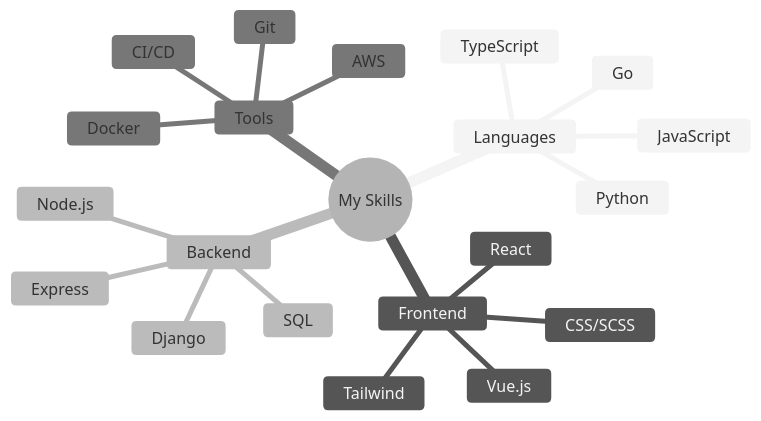
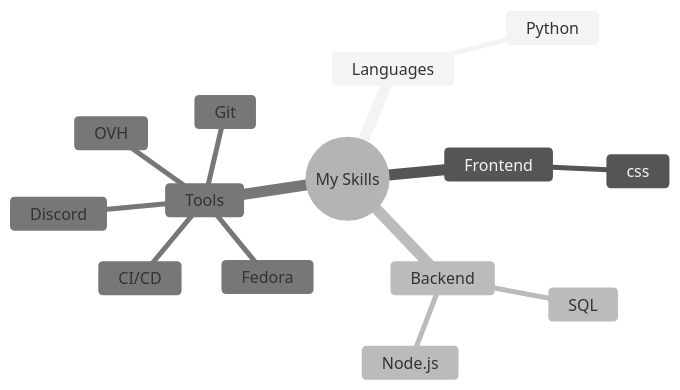
The diagram in README.md (LightZirconite/LightZirconite), drawn with Mermaid (neutral theme) before and after one commit. The commit also changed other lines of this file, not shown here.

````diff
--- a/README.md
+++ b/README.md
@@ -28,24 +22,17 @@
 ```mermaid
 mindmap
   root((My Skills))
     Languages
-      JavaScript
-      TypeScript
       Python
-      Go
     Frontend
-      React
-      Vue.js
-      CSS/SCSS
-      Tailwind
+      css
     Backend
       Node.js
-      Express
-      Django
       SQL
     Tools
       Git
-      Docker
-      AWS
+      Fedora
+      Discord
+      OVH
       CI/CD
 ```
````
